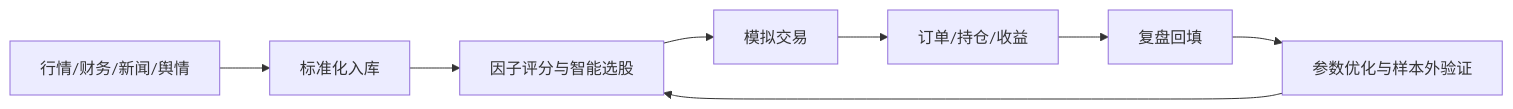
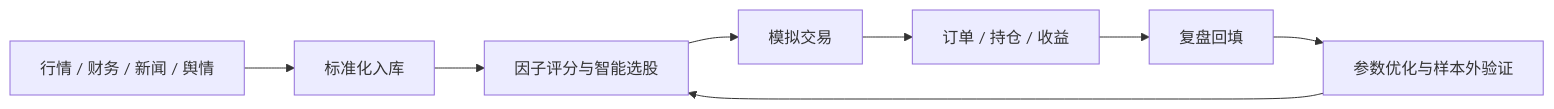
One commit to wuhuarous/TradingAgents changed the diagram in README.md. Above: the diagram before and after it, drawn with Mermaid. The commit also changed other lines of this file and 11 other files, not shown here.

````diff
--- a/README.md
+++ b/README.md
@@ -126,10 +223,10 @@
 ```mermaid
 flowchart LR
-  A["行情/财务/新闻/舆情"] --> B["标准化入库"]
+  A["行情 / 财务 / 新闻 / 舆情"] --> B["标准化入库"]
   B --> C["因子评分与智能选股"]
   C --> D["模拟交易"]
-  D --> E["订单/持仓/收益"]
+  D --> E["订单 / 持仓 / 收益"]
   E --> F["复盘回填"]
   F --> G["参数优化与样本外验证"]
   G --> C
 ```
````
